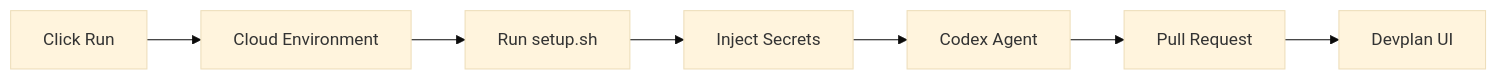
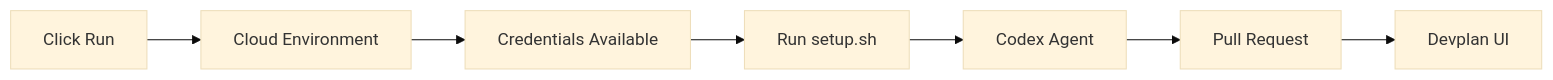
The first of 2 diagrams in docs/cloud-run/index.md (devplaninc/docs), drawn with Mermaid (base theme) before and after one commit. The commit also changed other lines of this file and 56 other files, not shown here.

````diff
--- a/docs/cloud-run/index.md
+++ b/docs/cloud-run/index.md
@@ -25,9 +26,9 @@
 ```mermaid
 graph LR
     A[Click Run] --> B[Cloud Environment]
-    B --> C[Run setup.sh]
-    C --> D[Inject Secrets]
+    B --> C[Credentials Available]
+    C --> D[Run setup.sh]
     D --> E[Codex Agent]
     E --> F[Pull Request]
     F --> G[Devplan UI]
 ```
````
